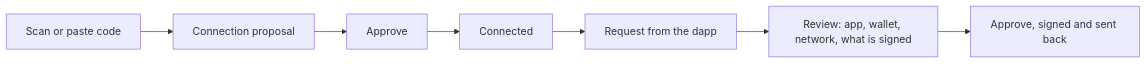
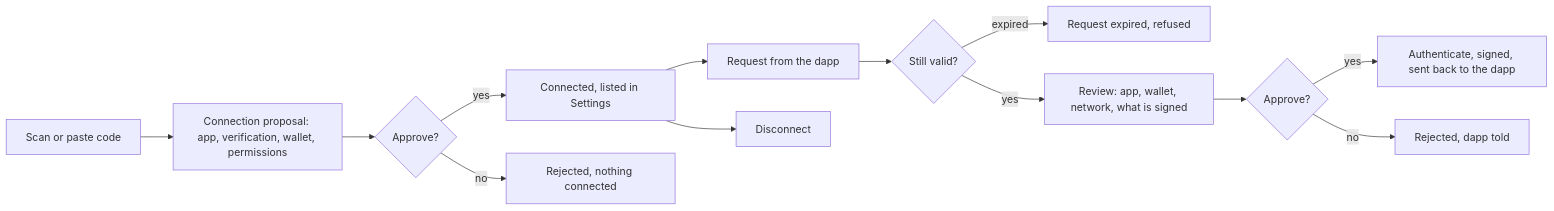
One commit to gemwalletcom/wallet changed the diagram in docs/product/walletconnect.md. Above: the diagram before and after it, drawn with Mermaid. The commit also changed 10 other files, not shown here.

Commit message:
Extend the product diagrams with the decline, reject and failure branches

````diff
--- a/docs/product/walletconnect.md
+++ b/docs/product/walletconnect.md
@@ -5,5 +5,12 @@
 ```mermaid
 flowchart LR
-    A[Scan or paste code] --> B[Connection proposal] --> C[Approve] --> D[Connected]
-    D --> E[Request from the dapp] --> F[Review: app, wallet, network, what is signed] --> G[Approve, signed and sent back]
+    A[Scan or paste code] --> B[Connection proposal: app, verification, wallet, permissions] --> C{Approve?}
+    C -- yes --> D[Connected, listed in Settings]
+    C -- no --> E[Rejected, nothing connected]
+    D --> F[Request from the dapp] --> G{Still valid?}
+    G -- expired --> H[Request expired, refused]
+    G -- yes --> I[Review: app, wallet, network, what is signed] --> J{Approve?}
+    J -- yes --> K[Authenticate, signed, sent back to the dapp]
+    J -- no --> L[Rejected, dapp told]
+    D --> M[Disconnect]
 ```
````
